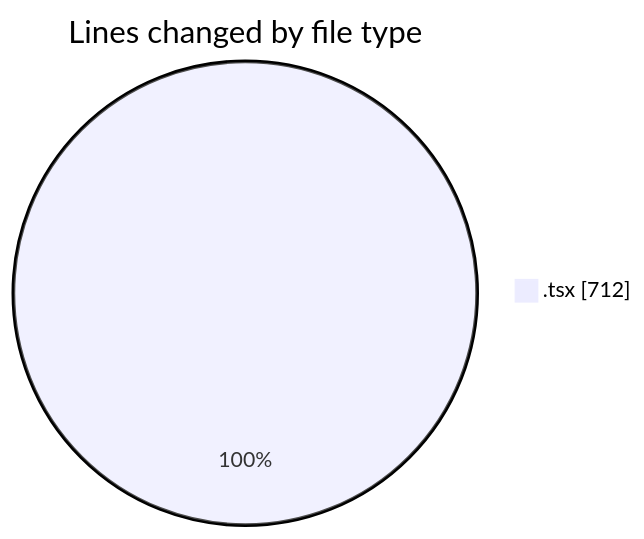
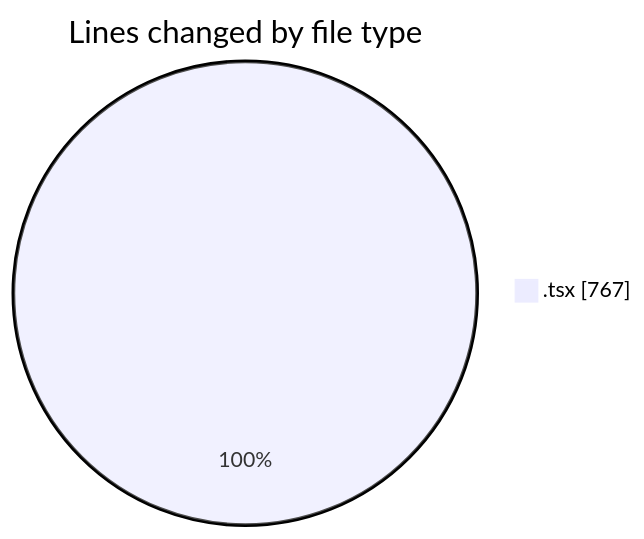
Before and after one commit to momahboobian/code-tracking: the first of 2 diagrams in 2025-07-11/cda/README.md, drawn with Mermaid. The commit also changed other lines of this file and 1 other file, not shown here.

````diff
--- a/2025-07-11/cda/README.md
+++ b/2025-07-11/cda/README.md
@@ -21,5 +21,5 @@
 ```mermaid
 pie showData
 title Lines changed by file type
-".tsx" : 712
+".tsx" : 767
 ```
````
